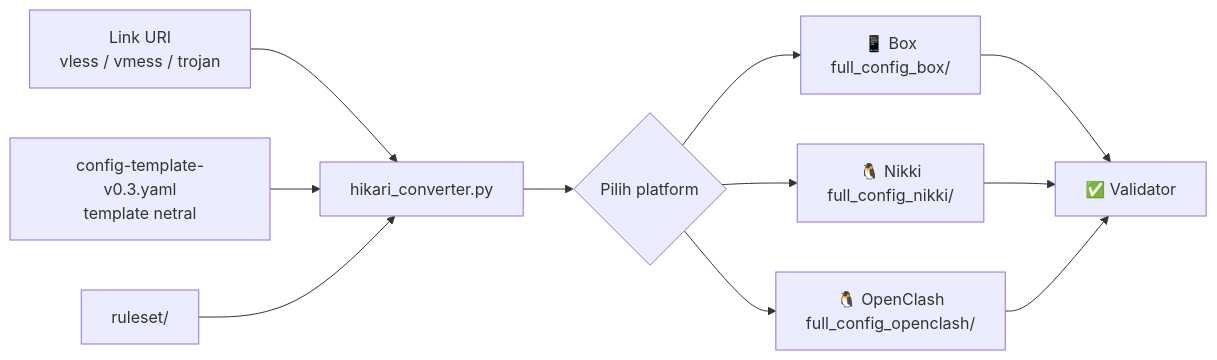
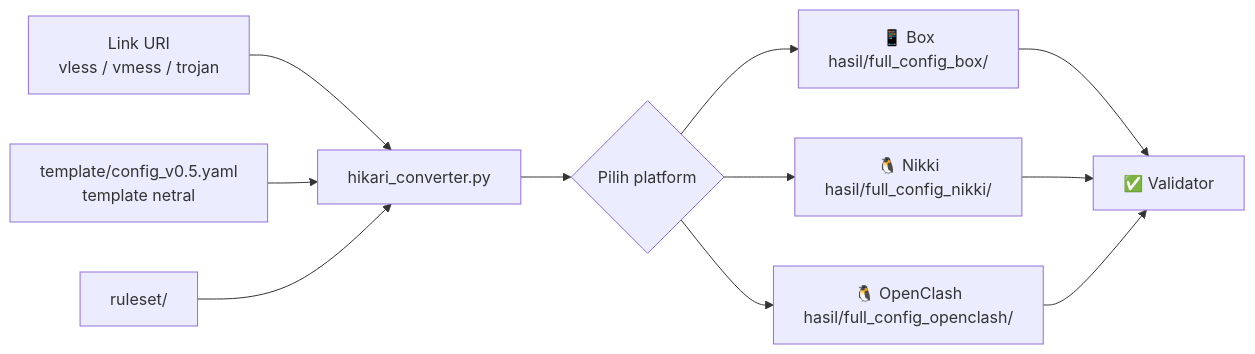
One commit to nexterade/Hikari-SC changed the diagram in README.md. Above: the diagram before and after it, drawn with Mermaid. The commit also changed other lines of this file and 15 other files, not shown here.

````diff
--- a/README.md
+++ b/README.md
@@ -67,13 +71,13 @@
 ```mermaid
 flowchart LR
     A[Link URI<br/>vless / vmess / trojan] --> B[hikari_converter.py]
-    T[config-template-v0.3.yaml<br/>template netral] --> B
+    T[template/config_v0.5.yaml<br/>template netral] --> B
     R[ruleset/] --> B
     B --> P{Pilih platform}
-    P --> X[📱 Box<br/>full_config_box/]
-    P --> Y[🐧 Nikki<br/>full_config_nikki/]
-    P --> Z[🐧 OpenClash<br/>full_config_openclash/]
+    P --> X[📱 Box<br/>hasil/full_config_box/]
+    P --> Y[🐧 Nikki<br/>hasil/full_config_nikki/]
+    P --> Z[🐧 OpenClash<br/>hasil/full_config_openclash/]
     X --> V[✅ Validator]
     Y --> V
     Z --> V
 ```
````
